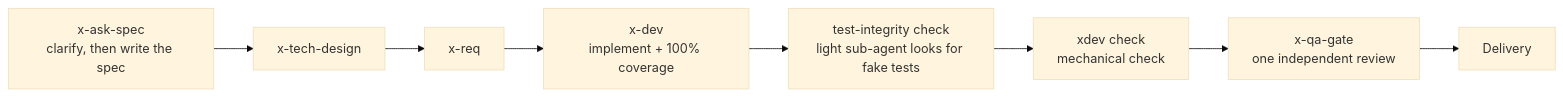
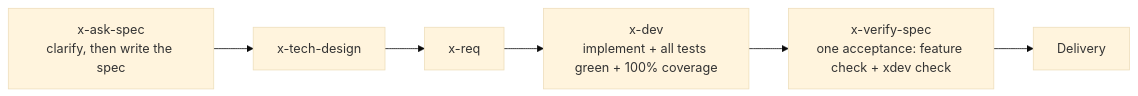
Before and after one commit to KtKID/x-dev-pipeline: the diagram in README.md, drawn with Mermaid (base theme). The commit also changed other lines of this file and 142 other files, not shown here.

First line of the commit message:
开发后只验收一次：x-qa-gate 并进 x-verify-spec

````diff
--- a/README.md
+++ b/README.md
@@ -24,10 +24,8 @@
 ```mermaid
 flowchart LR
     A["x-ask-spec<br/>clarify, then write the spec"] --> B["x-tech-design"]
     B --> C["x-req"]
-    C --> D["x-dev<br/>implement + 100% coverage"]
-    D --> I["test-integrity check<br/>light sub-agent looks for fake tests"]
-    I --> E["xdev check<br/>mechanical check"]
-    E --> F["x-qa-gate<br/>one independent review"]
-    F --> G["Delivery"]
+    C --> D["x-dev<br/>implement + all tests green + 100% coverage"]
+    D --> E["x-verify-spec<br/>one acceptance: feature check + xdev check"]
+    E --> G["Delivery"]
 ```
````
